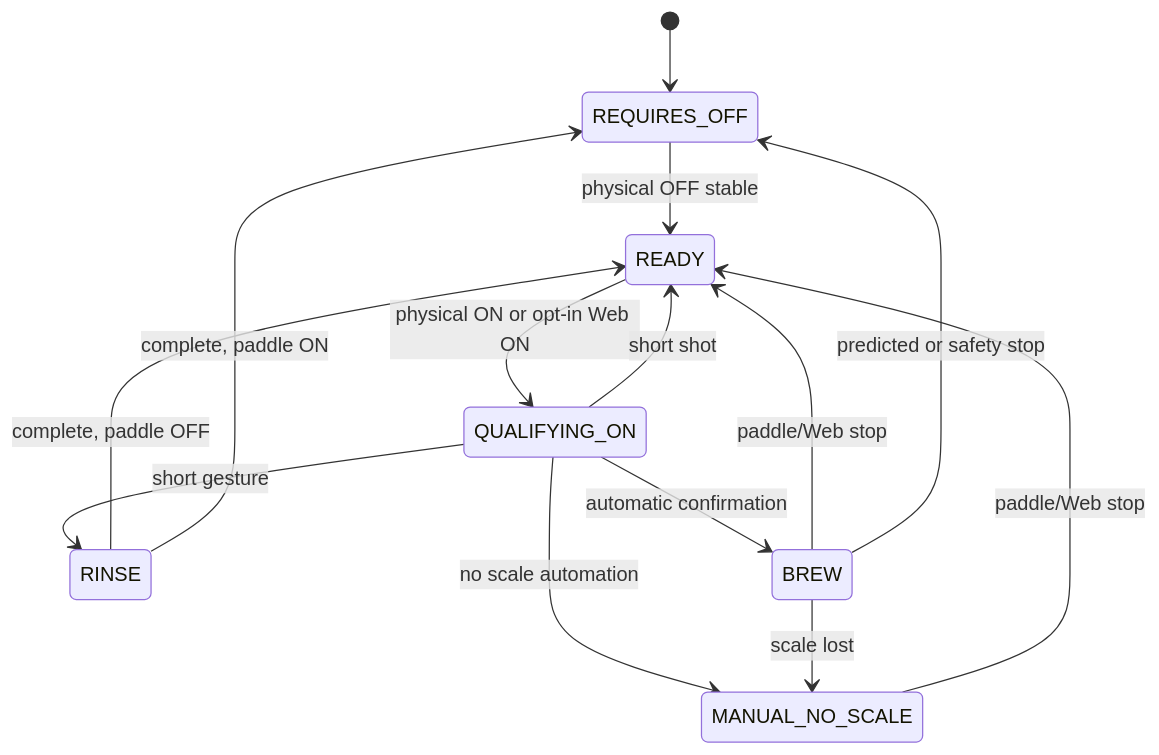
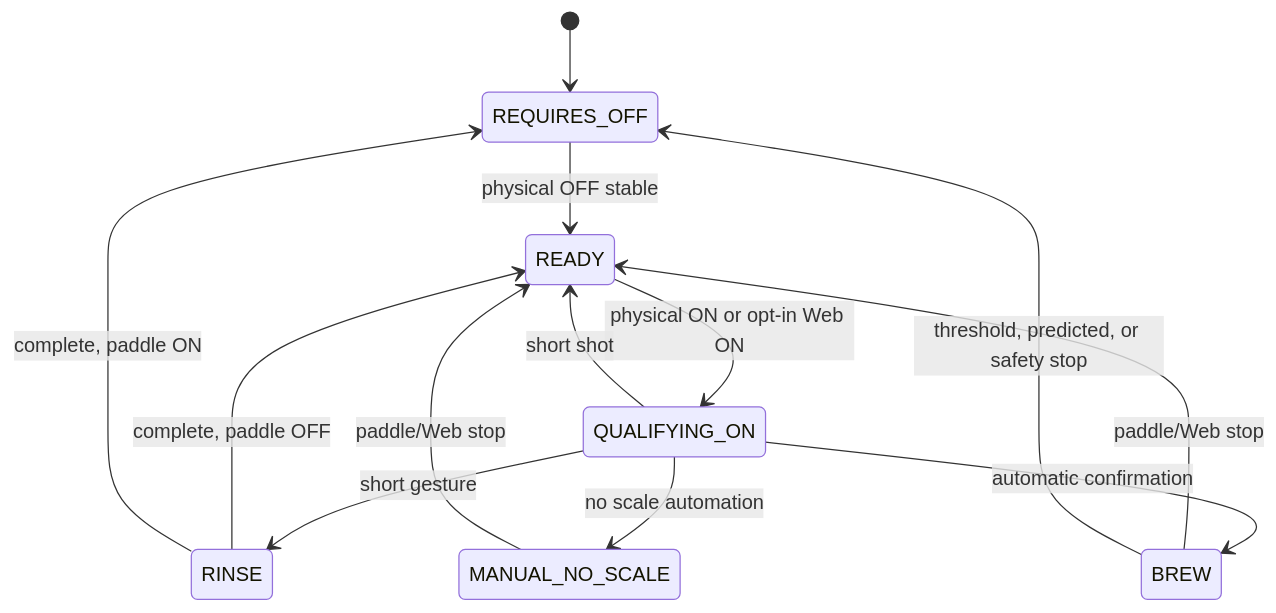
Before and after one commit to Cheerpipe/AcaiaArduinoBLE: the first of 2 diagrams in README.md, drawn with Mermaid. The commit also changed other lines of this file and 12 other files, not shown here.

````diff
--- a/README.md
+++ b/README.md
@@ -114,16 +118,15 @@
 ```mermaid
 stateDiagram-v2
   [*] --> REQUIRES_OFF
   REQUIRES_OFF --> READY: physical OFF stable
   READY --> QUALIFYING_ON: physical ON or opt-in Web ON
   QUALIFYING_ON --> RINSE: short gesture
   QUALIFYING_ON --> BREW: automatic confirmation
   QUALIFYING_ON --> MANUAL_NO_SCALE: no scale automation
   QUALIFYING_ON --> READY: short shot
   RINSE --> READY: complete, paddle OFF
   RINSE --> REQUIRES_OFF: complete, paddle ON
   BREW --> READY: paddle/Web stop
-  BREW --> MANUAL_NO_SCALE: scale lost
   MANUAL_NO_SCALE --> READY: paddle/Web stop
-  BREW --> REQUIRES_OFF: predicted or safety stop
+  BREW --> REQUIRES_OFF: threshold, predicted, or safety stop
 ```
````
